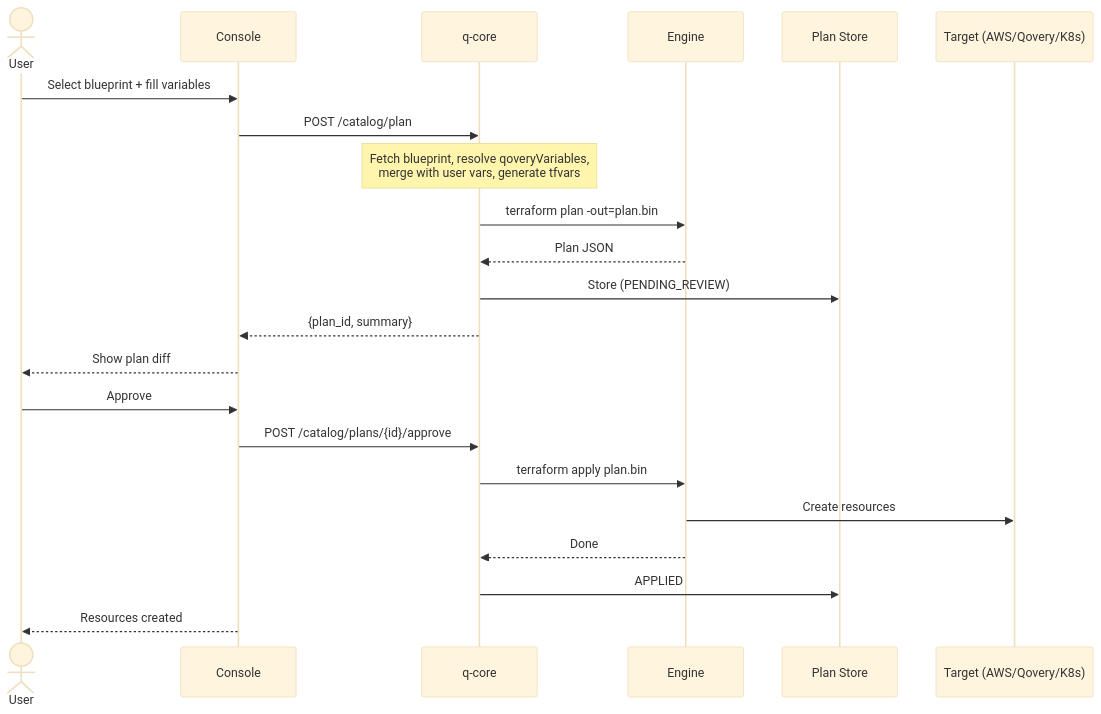
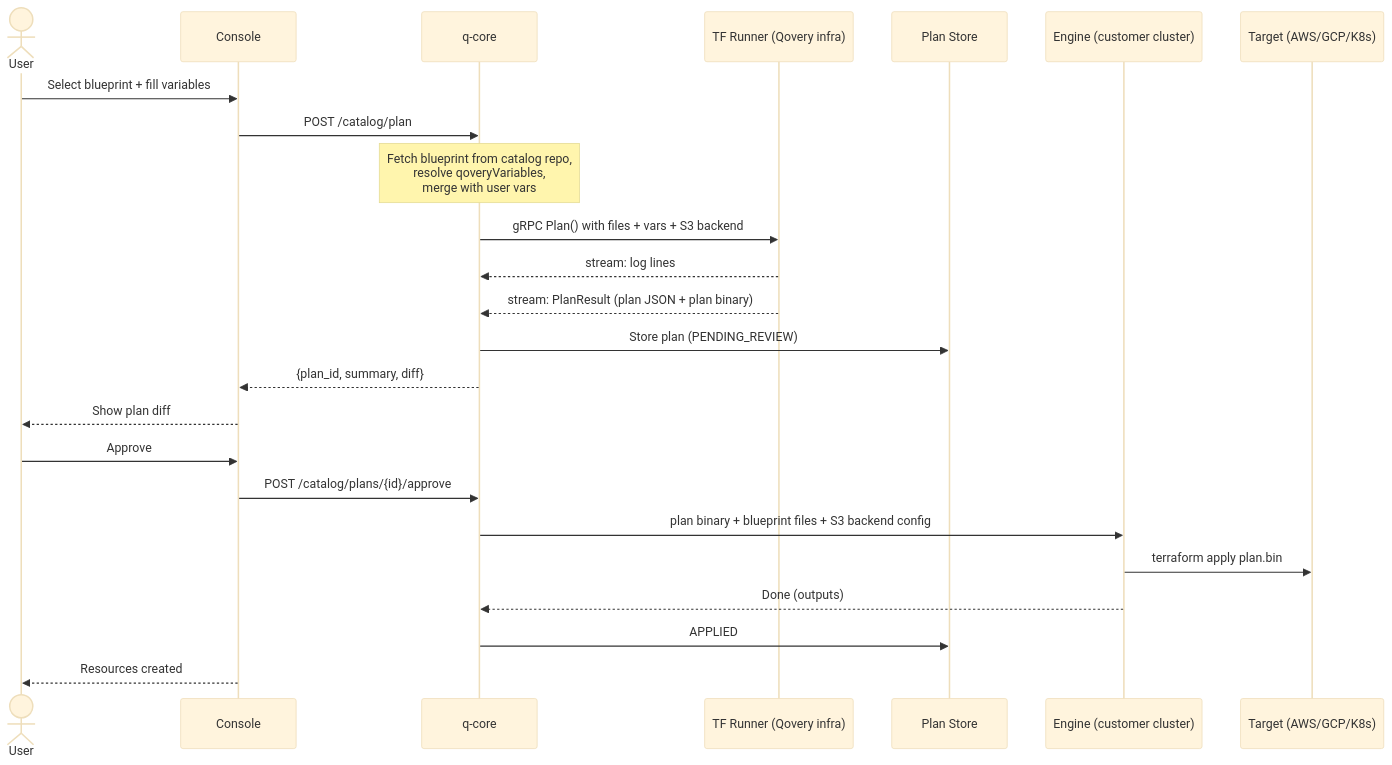
Before and after one commit to Astach/service-catalog: the second of 3 diagrams in v2/DESIGN.md, drawn with Mermaid (base theme). The commit also changed other lines of this file and 10 other files, not shown here.

````diff
--- a/v2/DESIGN.md
+++ b/v2/DESIGN.md
@@ -78,31 +88,33 @@
 ```mermaid
 sequenceDiagram
     actor User
     participant Console
     participant qcore as q-core
-    participant Engine
+    participant Runner as TF Runner (Qovery infra)
     participant PlanStore as Plan Store
-    participant Target as Target (AWS/Qovery/K8s)
+    participant Engine as Engine (customer cluster)
+    participant Target as Target (AWS/GCP/K8s)
 
     User ->> Console: Select blueprint + fill variables
     Console ->> qcore: POST /catalog/plan
 
-    Note over qcore: Fetch blueprint, resolve qoveryVariables,<br/>merge with user vars, generate tfvars
+    Note over qcore: Fetch blueprint from catalog repo,<br/>resolve qoveryVariables,<br/>merge with user vars
 
-    qcore ->> Engine: terraform plan -out=plan.bin
-    Engine -->> qcore: Plan JSON
+    qcore ->> Runner: gRPC Plan() with files + vars + S3 backend
+    Runner -->> qcore: stream: log lines
+    Runner -->> qcore: stream: PlanResult (plan JSON + plan binary)
 
-    qcore ->> PlanStore: Store (PENDING_REVIEW)
-    qcore -->> Console: {plan_id, summary}
+    qcore ->> PlanStore: Store plan (PENDING_REVIEW)
+    qcore -->> Console: {plan_id, summary, diff}
     Console -->> User: Show plan diff
 
     User ->> Console: Approve
     Console ->> qcore: POST /catalog/plans/{id}/approve
 
-    qcore ->> Engine: terraform apply plan.bin
-    Engine ->> Target: Create resources
-    Engine -->> qcore: Done
+    qcore ->> Engine: plan binary + blueprint files + S3 backend config
+    Engine ->> Target: terraform apply plan.bin
+    Engine -->> qcore: Done (outputs)
 
     qcore ->> PlanStore: APPLIED
     Console -->> User: Resources created
 ```
````
